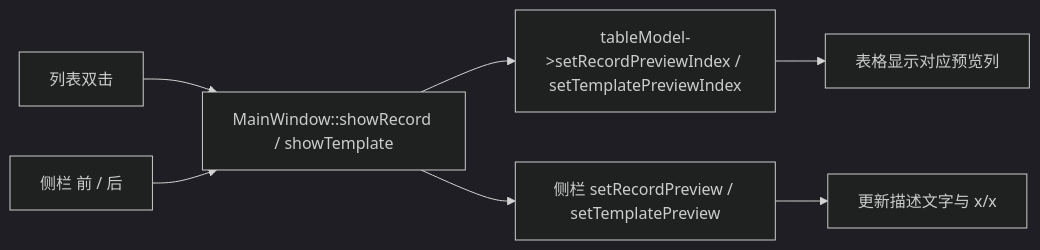
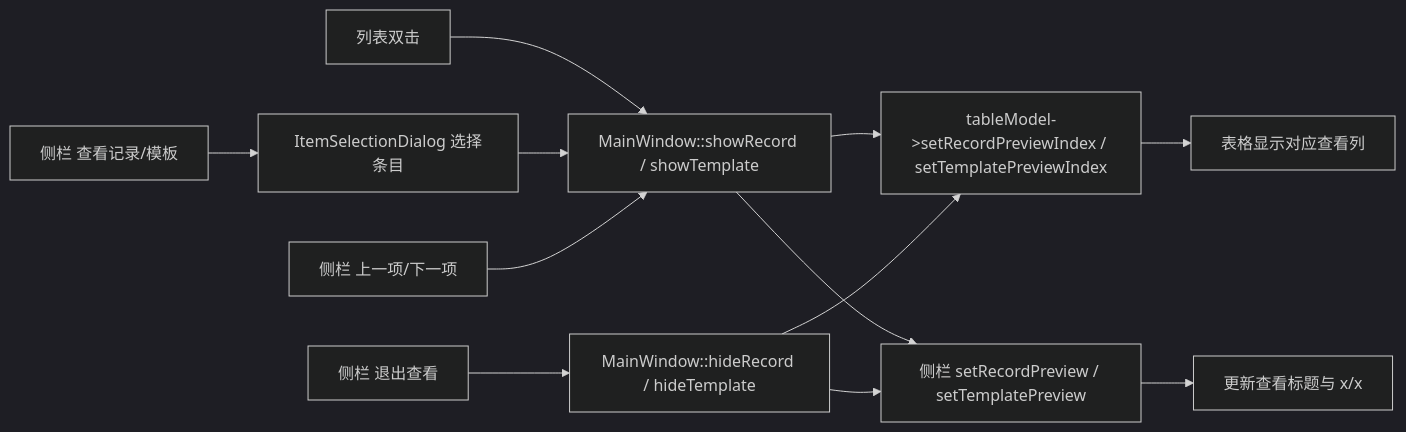
One commit to fz1251/ClassScoreManager changed the fourth of 6 diagrams in docs/structure.md. Above: the diagram before and after it, drawn with Mermaid (dark theme). The commit also changed other lines of this file and 11 other files, not shown here.

First line of the commit message:
feat: 优化侧栏查看交互、完善文件菜单快捷键、更新欢迎页图标

````diff
--- a/docs/structure.md
+++ b/docs/structure.md
@@ -131,9 +131,14 @@
 ```mermaid
 flowchart LR
     Double[列表双击] --> Show[MainWindow::showRecord / showTemplate]
-    Nav[侧栏 前 / 后] --> Show
+    View[侧栏 查看记录/模板] --> Select[ItemSelectionDialog 选择条目]
+    Select --> Show
+    Nav[侧栏 上一项/下一项] --> Show
+    Exit[侧栏 退出查看] --> Hide[MainWindow::hideRecord / hideTemplate]
     Show --> SetPreview[tableModel->setRecordPreviewIndex / setTemplatePreviewIndex]
-    SetPreview --> Column[表格显示对应预览列]
+    Hide --> SetPreview
+    SetPreview --> Column[表格显示对应查看列]
     Show --> SidebarSet[侧栏 setRecordPreview / setTemplatePreview]
-    SidebarSet --> Pos[更新描述文字与 x/x]
+    Hide --> SidebarSet
+    SidebarSet --> Pos[更新查看标题与 x/x]
 ```
````
